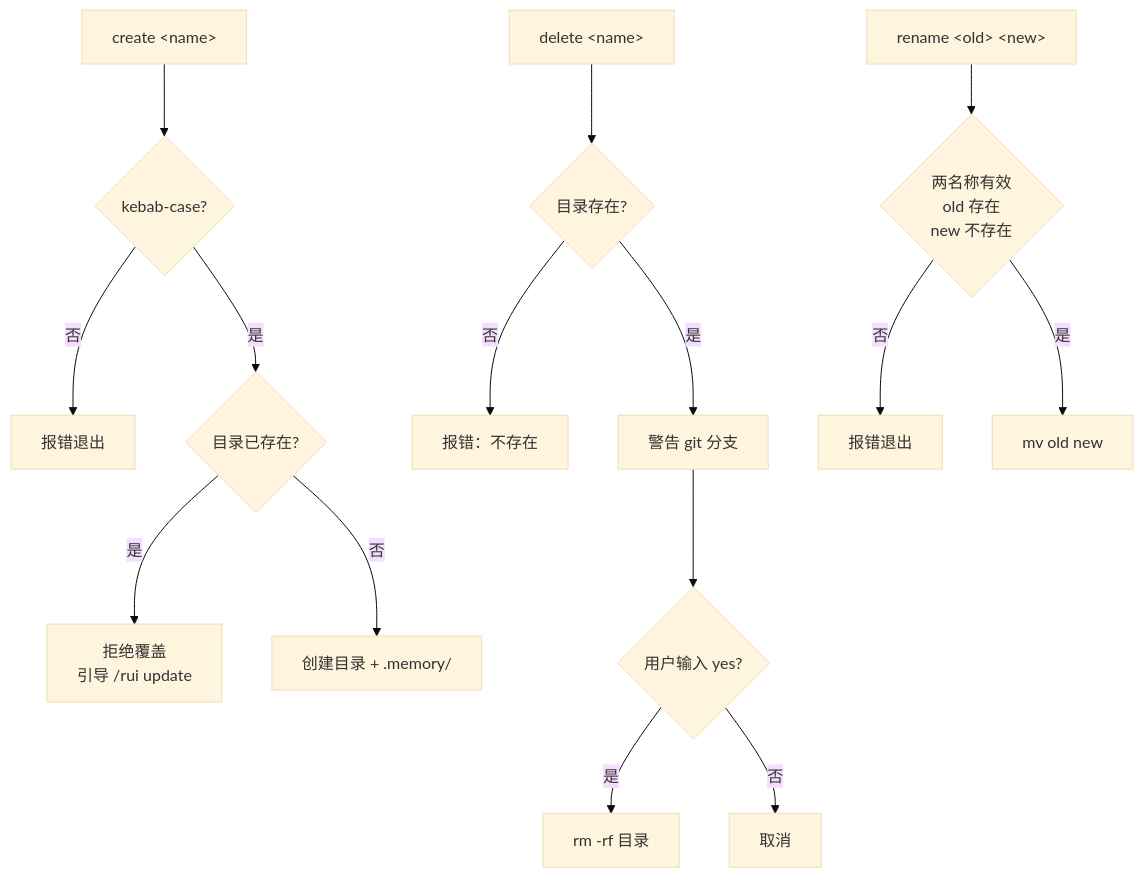
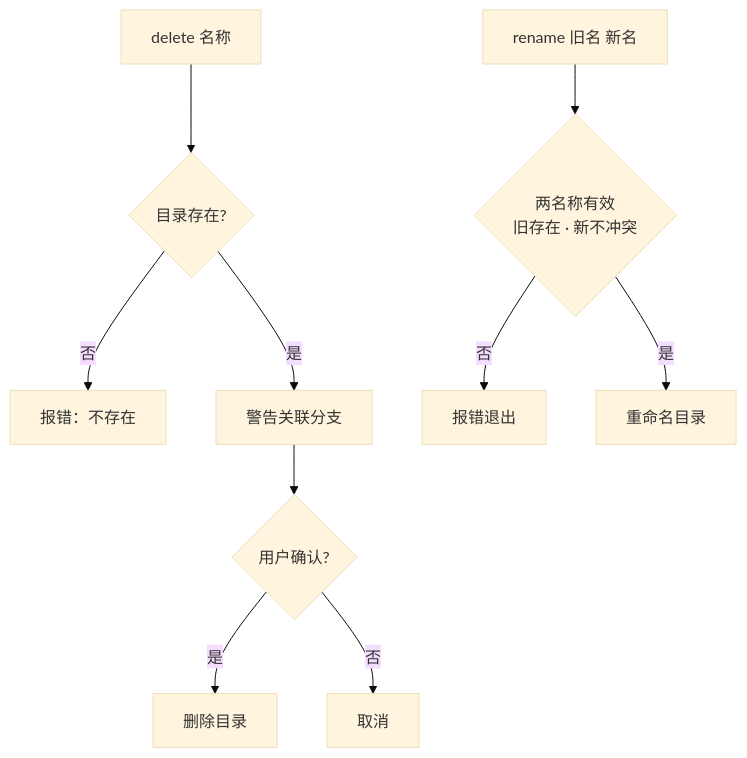
One commit to effiy/YrY changed the fourth of 6 diagrams in docs/故事任务面板/rui-story/01-故事任务.md. Above: the diagram before and after it, drawn with Mermaid (base theme). The commit also changed other lines of this file and 6 other files, not shown here.

````diff
--- a/docs/故事任务面板/rui-story/01-故事任务.md
+++ b/docs/故事任务面板/rui-story/01-故事任务.md
@@ -114,17 +151,12 @@
 ```mermaid
 flowchart TD
-    CREATE["create &lt;name&gt;"] --> VALID{"kebab-case?"}
-    VALID -->|"否"| ERR1["报错退出"]
-    VALID -->|"是"| CONFLICT{"目录已存在?"}
-    CONFLICT -->|"是"| ERR2["拒绝覆盖<br/>引导 /rui update"]
-    CONFLICT -->|"否"| MK["创建目录 + .memory/"]
-    DELETE["delete &lt;name&gt;"] --> EXIST{"目录存在?"}
+    DELETE["delete 名称"] --> EXIST{"目录存在?"}
     EXIST -->|"否"| ERR3["报错：不存在"]
-    EXIST -->|"是"| WARN["警告 git 分支"]
-    WARN --> CONFIRM{"用户输入 yes?"}
-    CONFIRM -->|"是"| RM["rm -rf 目录"]
+    EXIST -->|"是"| WARN["警告关联分支"]
+    WARN --> CONFIRM{"用户确认?"}
+    CONFIRM -->|"是"| RM["删除目录"]
     CONFIRM -->|"否"| CANCEL["取消"]
-    RENAME["rename &lt;old&gt; &lt;new&gt;"] --> RV{"两名称有效<br/>old 存在<br/>new 不存在"}
+    RENAME["rename 旧名 新名"] --> RV{"两名称有效<br/>旧存在 · 新不冲突"}
     RV -->|"否"| ERR4["报错退出"]
-    RV -->|"是"| MV["mv old new"]
+    RV -->|"是"| MV["重命名目录"]
 ```
````
